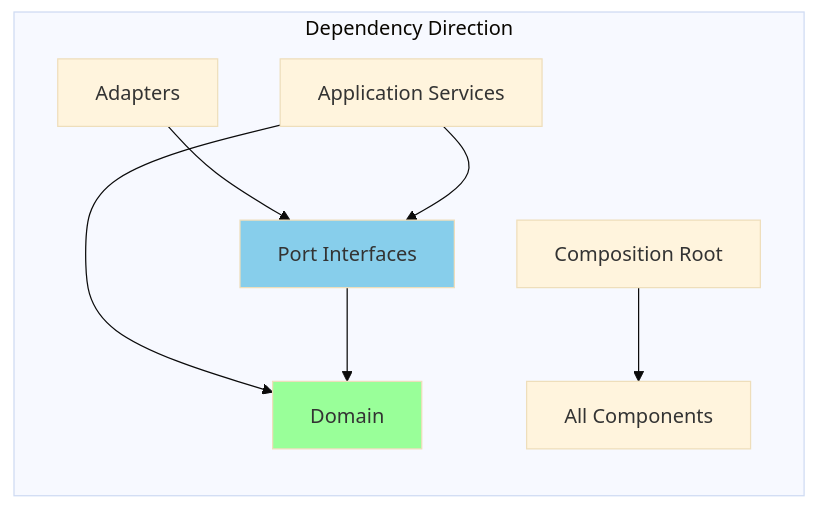
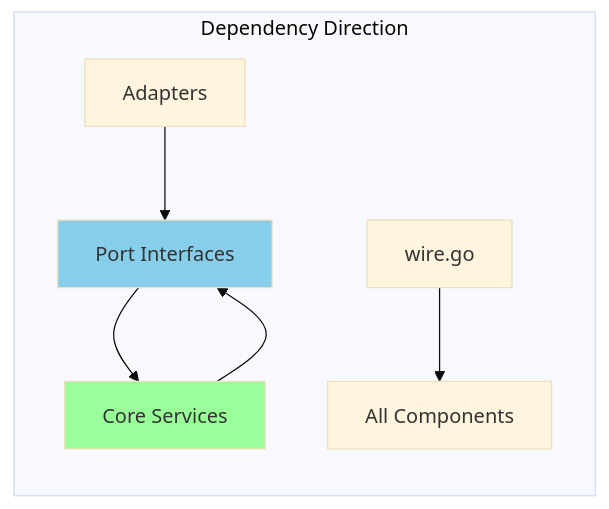
The first of 4 diagrams in docs/ARCHITECTURE.md (itiquette/gommitlint), drawn with Mermaid (base theme) before and after one commit. The commit also changed other lines of this file and 296 other files, not shown here.

````diff
--- a/docs/ARCHITECTURE.md
+++ b/docs/ARCHITECTURE.md
@@ -137,13 +128,12 @@
 ```mermaid
 graph LR
     subgraph "Dependency Direction"
         Adapters[Adapters] --> Ports[Port Interfaces]
-        Application[Application Services] --> Ports
-        Application --> Domain[Domain]
-        Ports --> Domain
-        Composition[Composition Root] --> Everything[All Components]
+        Core[Core Services] --> Ports
+        Ports --> Core
+        Wire[wire.go] --> Everything[All Components]
     end
     
-    style Domain fill:#99ff99
+    style Core fill:#99ff99
     style Ports fill:#87CEEB
 ```
````
